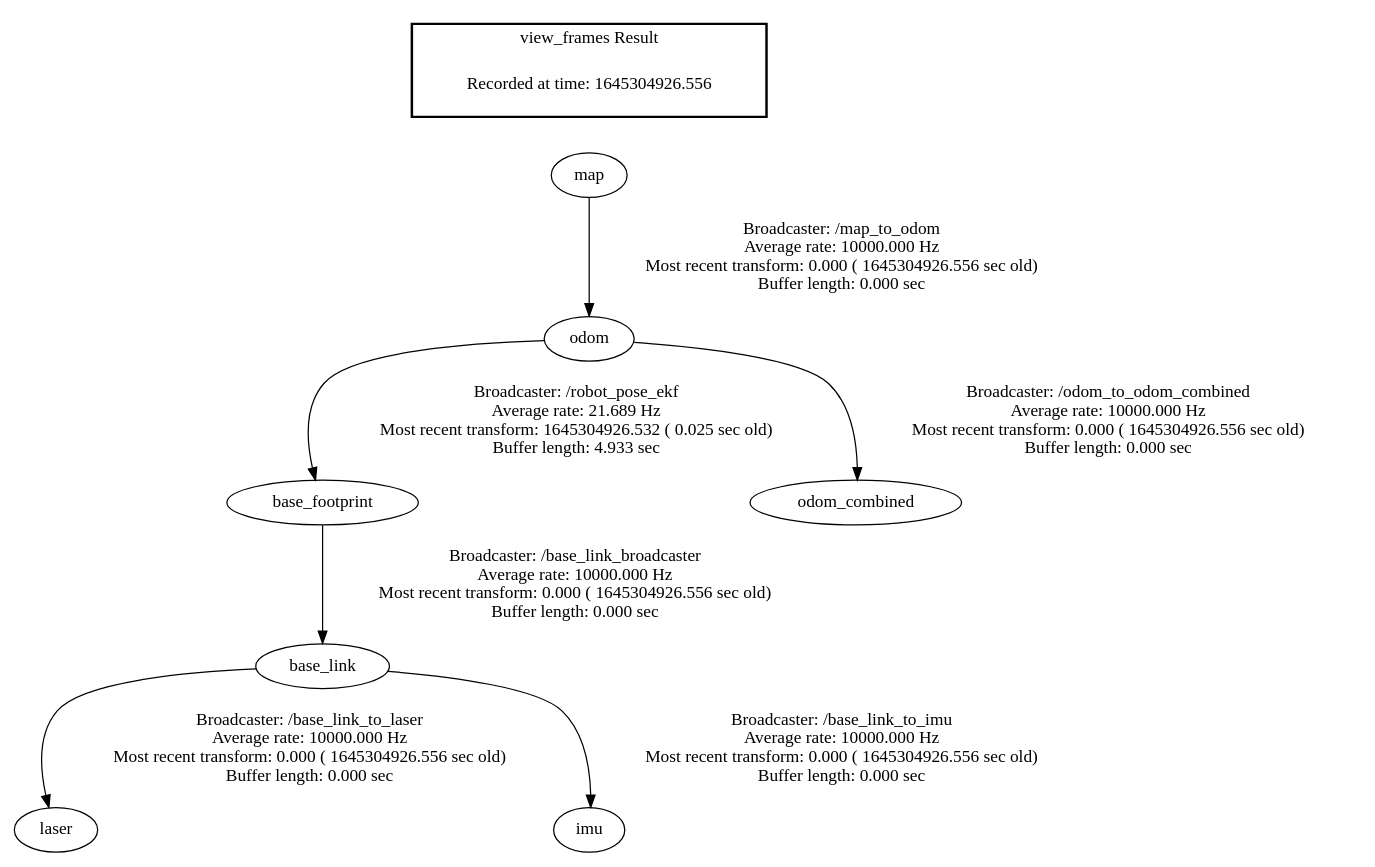
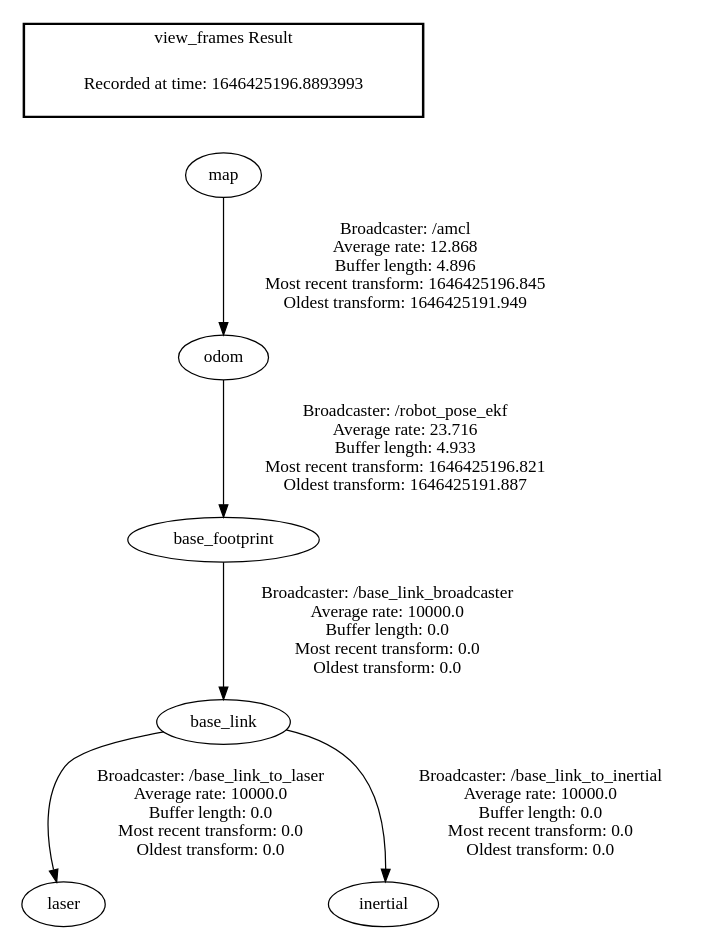
The diagram in catkin_ws/frames.gv (Aemon777/chickies-robot), drawn with Graphviz before and after one commit. The commit also changed 3 other files, not shown here.

```diff
--- a/catkin_ws/frames.gv
+++ b/catkin_ws/frames.gv
@@ -1,12 +1,11 @@
 digraph G {
-"odom" -> "base_footprint"[label="Broadcaster: /robot_pose_ekf\nAverage rate: 21.689 Hz\nMost recent transform: 1645304926.532 ( 0.025 sec old)\nBuffer length: 4.933 sec\n"];
-"map" -> "odom"[label="Broadcaster: /map_to_odom\nAverage rate: 10000.000 Hz\nMost recent transform: 0.000 ( 1645304926.556 sec old)\nBuffer length: 0.000 sec\n"];
-"base_link" -> "laser"[label="Broadcaster: /base_link_to_laser\nAverage rate: 10000.000 Hz\nMost recent transform: 0.000 ( 1645304926.556 sec old)\nBuffer length: 0.000 sec\n"];
-"base_footprint" -> "base_link"[label="Broadcaster: /base_link_broadcaster\nAverage rate: 10000.000 Hz\nMost recent transform: 0.000 ( 1645304926.556 sec old)\nBuffer length: 0.000 sec\n"];
-"base_link" -> "imu"[label="Broadcaster: /base_link_to_imu\nAverage rate: 10000.000 Hz\nMost recent transform: 0.000 ( 1645304926.556 sec old)\nBuffer length: 0.000 sec\n"];
-"odom" -> "odom_combined"[label="Broadcaster: /odom_to_odom_combined\nAverage rate: 10000.000 Hz\nMost recent transform: 0.000 ( 1645304926.556 sec old)\nBuffer length: 0.000 sec\n"];
+"base_link" -> "laser"[label=" Broadcaster: /base_link_to_laser\nAverage rate: 10000.0\nBuffer length: 0.0\nMost recent transform: 0.0\nOldest transform: 0.0\n"];
+"base_footprint" -> "base_link"[label=" Broadcaster: /base_link_broadcaster\nAverage rate: 10000.0\nBuffer length: 0.0\nMost recent transform: 0.0\nOldest transform: 0.0\n"];
+"base_link" -> "inertial"[label=" Broadcaster: /base_link_to_inertial\nAverage rate: 10000.0\nBuffer length: 0.0\nMost recent transform: 0.0\nOldest transform: 0.0\n"];
+"odom" -> "base_footprint"[label=" Broadcaster: /robot_pose_ekf\nAverage rate: 23.716\nBuffer length: 4.933\nMost recent transform: 1646425196.821\nOldest transform: 1646425191.887\n"];
+"map" -> "odom"[label=" Broadcaster: /amcl\nAverage rate: 12.868\nBuffer length: 4.896\nMost recent transform: 1646425196.845\nOldest transform: 1646425191.949\n"];
 edge [style=invis];
  subgraph cluster_legend { style=bold; color=black; label ="view_frames Result";
-"Recorded at time: 1645304926.556"[ shape=plaintext ] ;
- }->"map";
+"Recorded at time: 1646425196.8893993"[ shape=plaintext ] ;
+}->"map";
 }
```
